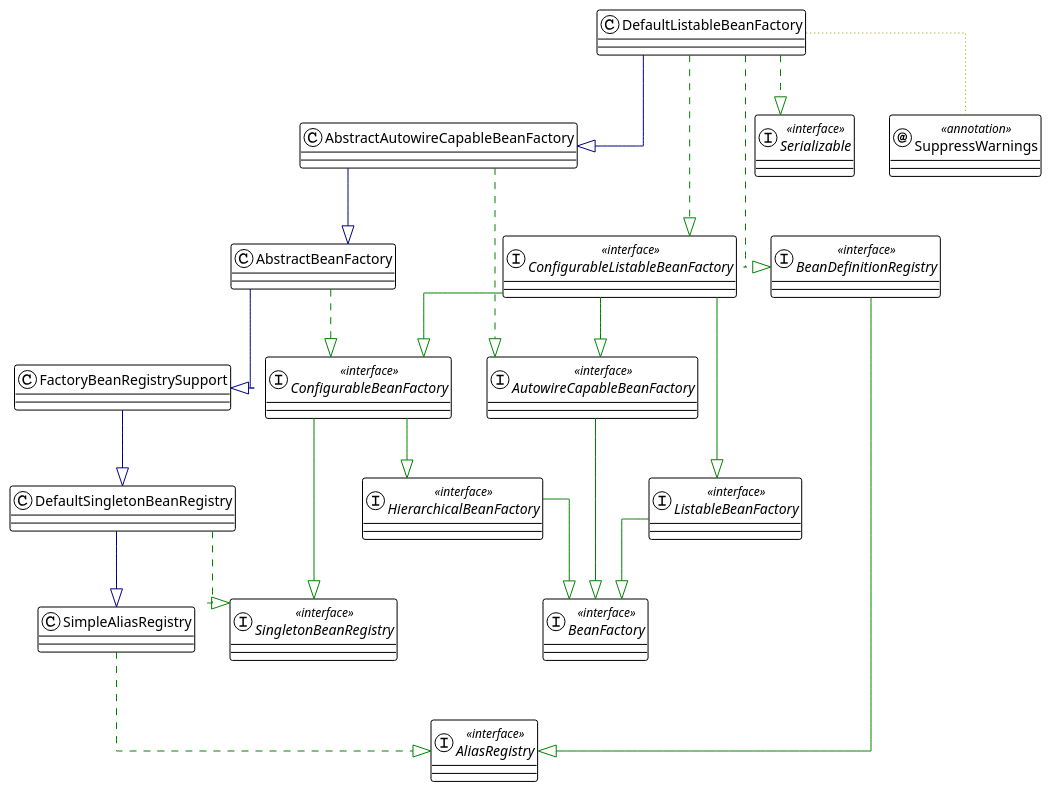
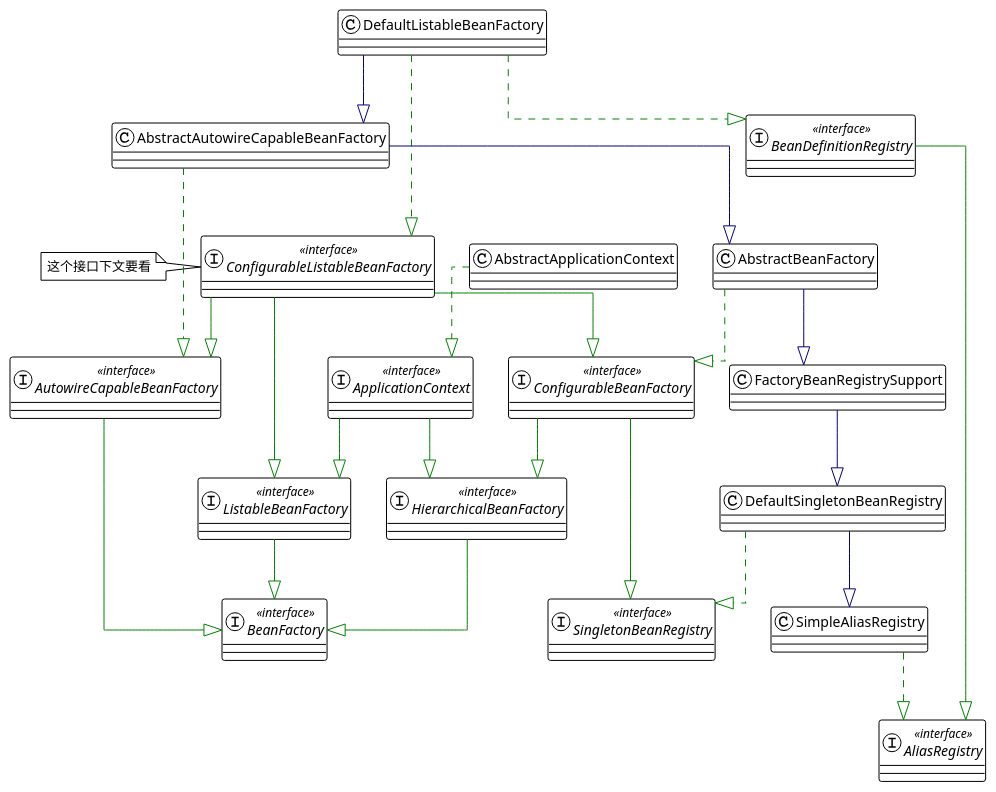
Before and after one commit to nimbusking/spring-framework: the diagram in spring-nimbusk-ioc/src/main/resources/inherit_graph/DefaultListableBeanFactory.plantuml, drawn with PlantUML. The commit also changed 14 other files, not shown here.

```diff
--- a/spring-nimbusk-ioc/src/main/resources/inherit_graph/DefaultListableBeanFactory.plantuml
+++ b/spring-nimbusk-ioc/src/main/resources/inherit_graph/DefaultListableBeanFactory.plantuml
@@ -1,47 +1,49 @@
 @startuml
 
 !theme plain
 top to bottom direction
 skinparam linetype ortho
 
+class AbstractApplicationContext
 class AbstractAutowireCapableBeanFactory
 class AbstractBeanFactory
 interface AliasRegistry << interface >>
+interface ApplicationContext << interface >>
 interface AutowireCapableBeanFactory << interface >>
 interface BeanDefinitionRegistry << interface >>
 interface BeanFactory << interface >>
 interface ConfigurableBeanFactory << interface >>
 interface ConfigurableListableBeanFactory << interface >>
+note left:这个接口下文要看
 class DefaultListableBeanFactory
 class DefaultSingletonBeanRegistry
 class FactoryBeanRegistrySupport
 interface HierarchicalBeanFactory << interface >>
 interface ListableBeanFactory << interface >>
-interface Serializable << interface >>
 class SimpleAliasRegistry
 interface SingletonBeanRegistry << interface >>
-annotation SuppressWarnings << annotation >>
 
+AbstractApplicationContext          -[#008200,dashed]-^  ApplicationContext                 
 AbstractAutowireCapableBeanFactory  -[#000082,plain]-^  AbstractBeanFactory                
 AbstractAutowireCapableBeanFactory  -[#008200,dashed]-^  AutowireCapableBeanFactory         
 AbstractBeanFactory                 -[#008200,dashed]-^  ConfigurableBeanFactory            
 AbstractBeanFactory                 -[#000082,plain]-^  FactoryBeanRegistrySupport         
+ApplicationContext                  -[#008200,plain]-^  HierarchicalBeanFactory            
+ApplicationContext                  -[#008200,plain]-^  ListableBeanFactory                
 AutowireCapableBeanFactory          -[#008200,plain]-^  BeanFactory                        
 BeanDefinitionRegistry              -[#008200,plain]-^  AliasRegistry                      
 ConfigurableBeanFactory             -[#008200,plain]-^  HierarchicalBeanFactory            
 ConfigurableBeanFactory             -[#008200,plain]-^  SingletonBeanRegistry              
 ConfigurableListableBeanFactory     -[#008200,plain]-^  AutowireCapableBeanFactory         
 ConfigurableListableBeanFactory     -[#008200,plain]-^  ConfigurableBeanFactory            
 ConfigurableListableBeanFactory     -[#008200,plain]-^  ListableBeanFactory                
 DefaultListableBeanFactory          -[#000082,plain]-^  AbstractAutowireCapableBeanFactory 
 DefaultListableBeanFactory          -[#008200,dashed]-^  BeanDefinitionRegistry             
 DefaultListableBeanFactory          -[#008200,dashed]-^  ConfigurableListableBeanFactory    
-DefaultListableBeanFactory          -[#008200,dashed]-^  Serializable                       
-DefaultListableBeanFactory          -[#999900,dotted]-  SuppressWarnings                   
 DefaultSingletonBeanRegistry        -[#000082,plain]-^  SimpleAliasRegistry                
 DefaultSingletonBeanRegistry        -[#008200,dashed]-^  SingletonBeanRegistry              
 FactoryBeanRegistrySupport          -[#000082,plain]-^  DefaultSingletonBeanRegistry       
 HierarchicalBeanFactory             -[#008200,plain]-^  BeanFactory                        
 ListableBeanFactory                 -[#008200,plain]-^  BeanFactory                        
 SimpleAliasRegistry                 -[#008200,dashed]-^  AliasRegistry                      
 @enduml
```
